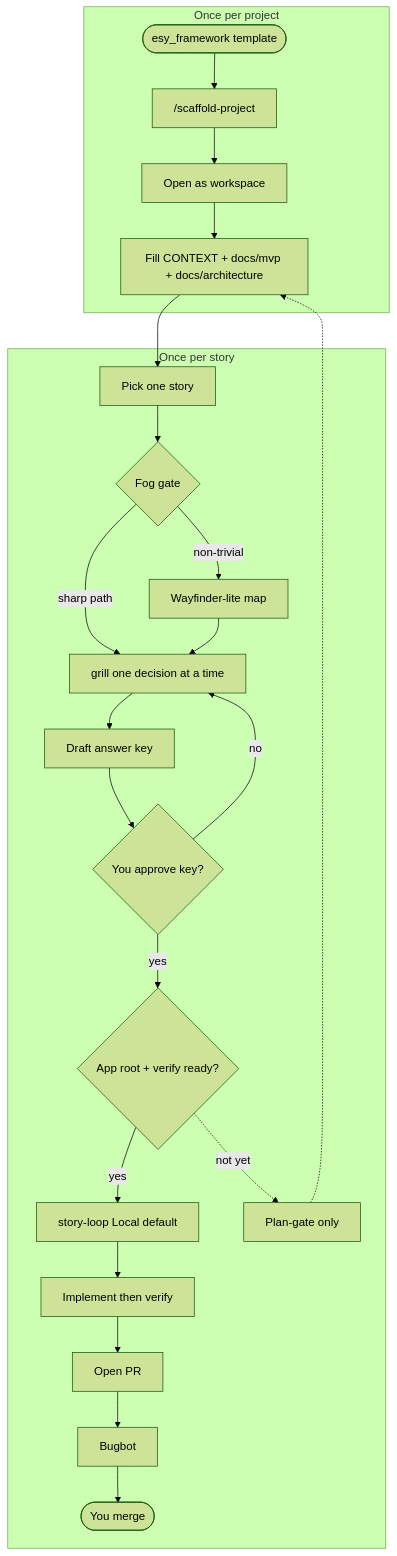
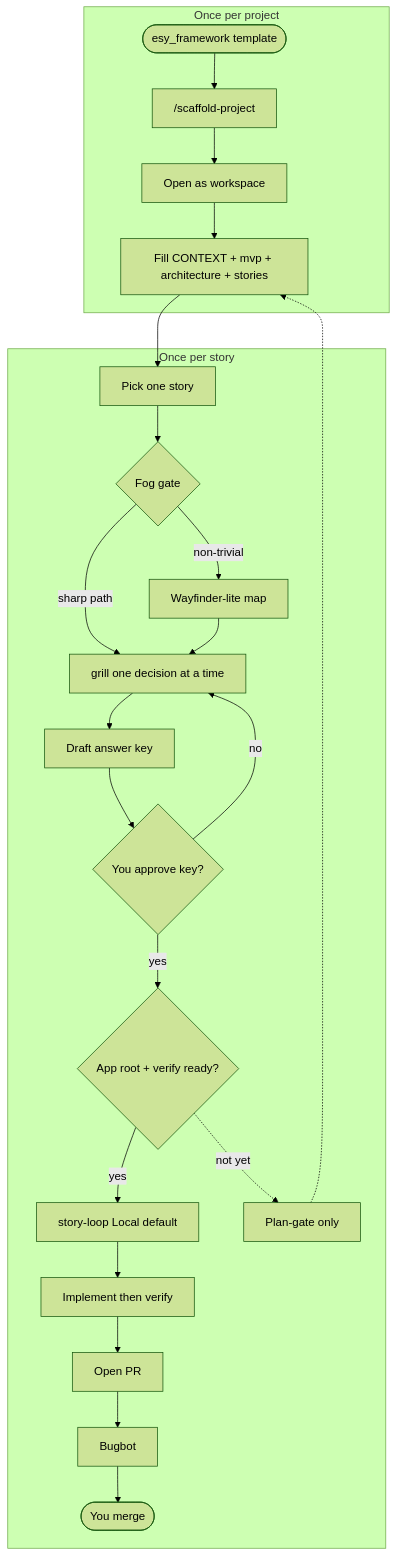
One commit to fukephp/esy_framework changed the diagram in docs/diagrams/lifecycle.md. Above: the diagram before and after it, drawn with Mermaid (forest theme). The commit also changed other lines of this file and 25 other files, not shown here.

````diff
--- a/docs/diagrams/lifecycle.md
+++ b/docs/diagrams/lifecycle.md
@@ -7,27 +7,27 @@
 ```mermaid
 flowchart TD
   subgraph oncePerProject [Once per project]
     start([esy_framework template]) --> scaffold["/scaffold-project"]
     scaffold --> open[Open as workspace]
-    open --> lock["Fill CONTEXT + docs/mvp + docs/architecture"]
+    open --> lock["Fill CONTEXT + mvp + architecture + stories"]
   end
 
   subgraph oncePerStory [Once per story]
     pick[Pick one story] --> fog{Fog gate}
     fog -->|non-trivial| map[Wayfinder-lite map]
     fog -->|sharp path| grill
     map --> grill[grill one decision at a time]
     grill --> key[Draft answer key]
     key --> approve{You approve key?}
     approve -->|no| grill
     approve -->|yes| verify{App root + verify ready?}
     verify -->|yes| loop[story-loop Local default]
     loop --> impl[Implement then verify]
     impl --> pr[Open PR]
     pr --> bugbot[Bugbot]
     bugbot --> merge([You merge])
     verify -.->|not yet| planOnly[Plan-gate only]
     planOnly -.-> lock
     lock --> pick
   end
 ```
````
